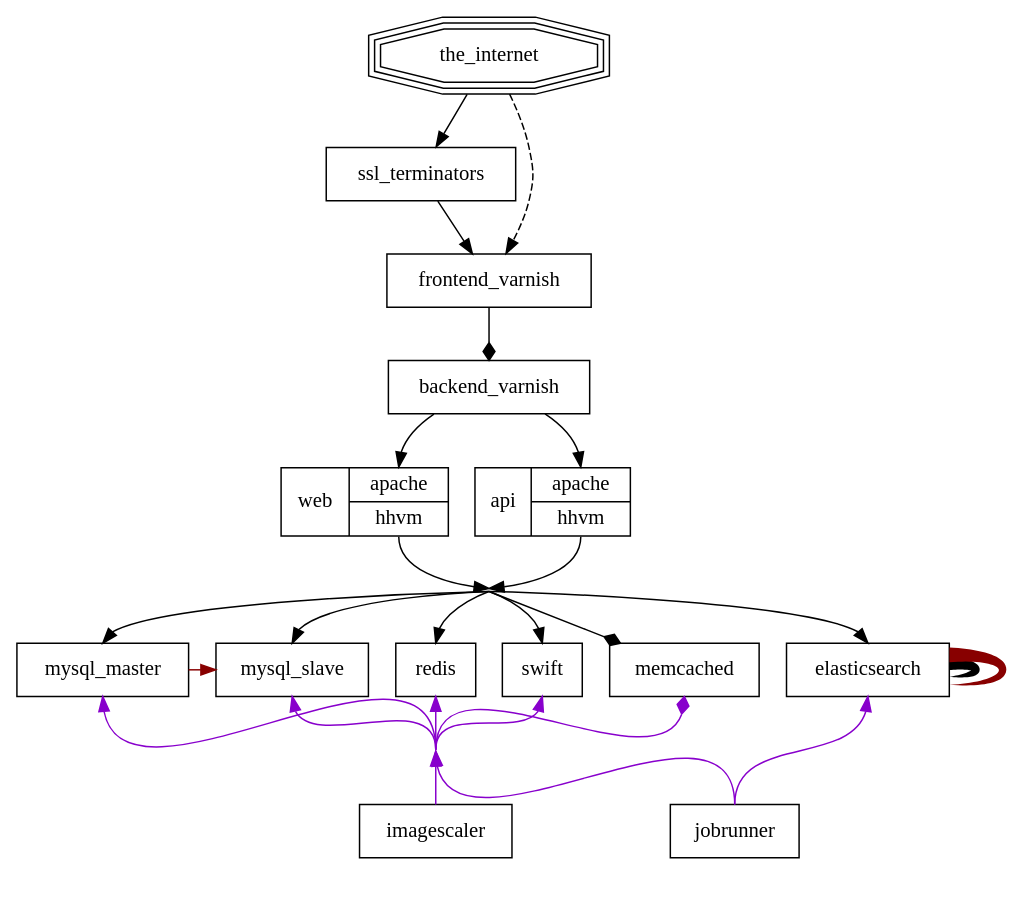
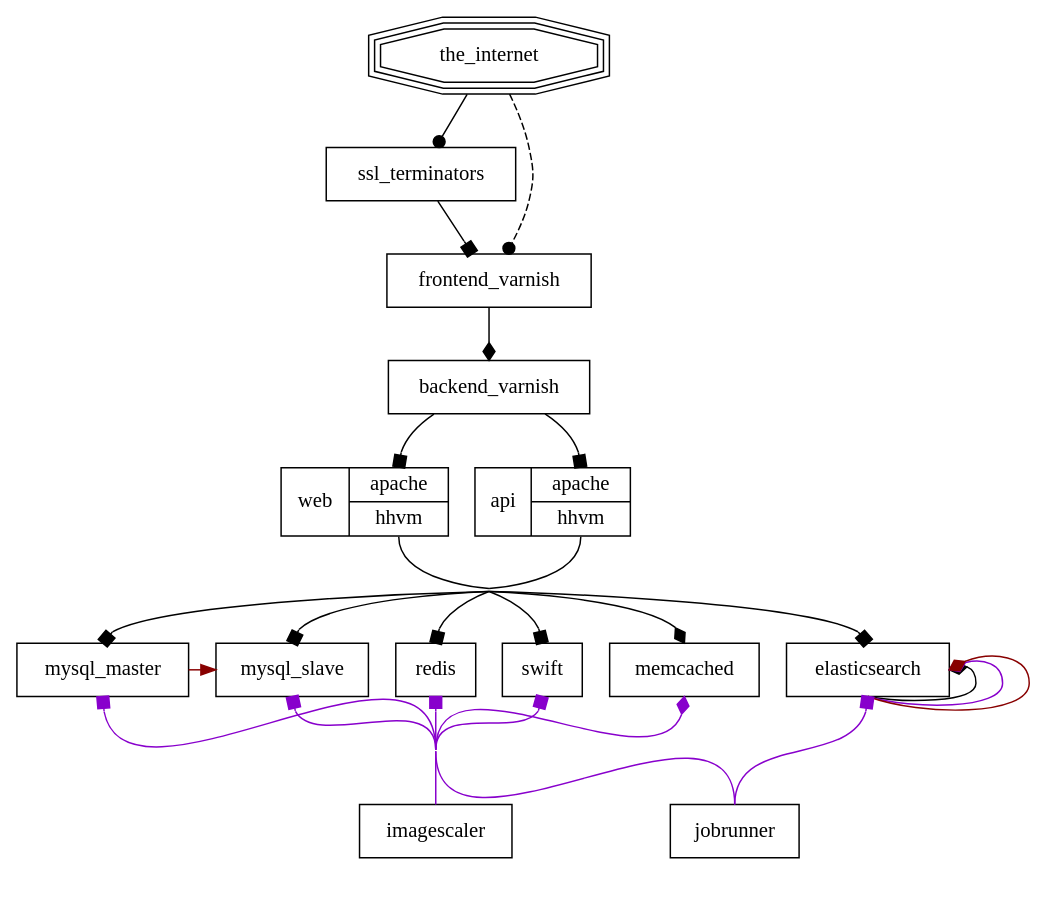
Before and after one commit to nik9000/wikimedia_diagram: the diagram in diagram.dot, drawn with Graphviz. The commit also changed 3 other files, not shown here.

```diff
--- a/diagram.dot
+++ b/diagram.dot
@@ -1,49 +1,51 @@
 digraph WMF {
   node [shape=box];
+  edge [arrowhead=box];
   subgraph web_traffic {
-    the_internet -> ssl_terminators;
-    the_internet -> frontend_varnish [style=dashed];
+    the_internet -> ssl_terminators [arrowhead=dot];
+    the_internet -> frontend_varnish [style=dashed, arrowhead=dot];
     ssl_terminators -> frontend_varnish;
     frontend_varnish -> backend_varnish [arrowhead=diamond];
     backend_varnish -> {web, api} [headport="apache:n"];
-    {web, api} -> web_service_collector [tailport="hhvm:s"];
+    {web, api} -> web_service_collector [tailport="hhvm:s", arrowhead=none];
     web_service_collector [shape=point, width=0];
-    web_service_collector -> {mysql_master, mysql_slave, redis, elasticsearch, swift} [headport="n"];
-    web_service_collector -> memcached [arrowhead=diamond];
-    elasticsearch -> elasticsearch [style=tapered, penwidth=10, arrowhead=none];
+    web_service_collector -> {mysql_master, mysql_slave, redis, elasticsearch, swift} [headport=n];
+    web_service_collector -> memcached:n [arrowhead=diamond];
+    elasticsearch:s -> elasticsearch:e [arrowhead=diamond];
   }
   subgraph jobs {
     edge [color="#8800cc", constraint=false, tailport=n, headport=s]
     // These edge defines all the layout
     subgraph layout {
       edge [style=invis, constraint=true];
       {mysql_master, mysql_slave, redis, swift, memcached} -> job_service_collector -> {jobrunner, imagescaler};
       elasticsearch -> jobrunner [minlen=2];
       subgraph r {
         rank=same;
         jobrunner, imagescaler;
       }
     }
 
     // These define the view
     job_service_collector [shape=point, width=0];
-    {jobrunner, imagescaler} -> job_service_collector -> {mysql_master, mysql_slave, redis, swift};
+    {jobrunner, imagescaler} -> job_service_collector [arrowhead=none];
+    job_service_collector -> {mysql_master, mysql_slave, redis, swift};
     job_service_collector -> memcached [arrowhead=diamond];
     jobrunner:n -> elasticsearch;
     /*
      * While technically Elasticsearch does forward request to itself for jobs as well as web
      * traffic, it makes the graph really hard to read when its on there so I've commented it
      * out. Hopefully its still obvious.
      */
-    // elasticsearch -> elasticsearch [dir="forward", style=tapered, penwidth=10, arrowhead=none];
+    elasticsearch:s -> elasticsearch:e [arrowhead=diamond];
   }
   subgraph replication {
     edge [color="#880000"]
-    mysql_master -> mysql_slave [constraint=false];
-    elasticsearch -> elasticsearch [style=tapered, penwidth=10, arrowhead=none];
+    mysql_master -> mysql_slave [arrowhead=normal, constraint=false];
+    elasticsearch:s -> elasticsearch:e [arrowhead=diamond];
   }
 
   the_internet [shape=tripleoctagon];
   web [shape=record, label="web | {<apache>apache | <hhvm>hhvm}"]
   api [shape=record, label="api | {<apache>apache | <hhvm>hhvm}"]
 }
```
